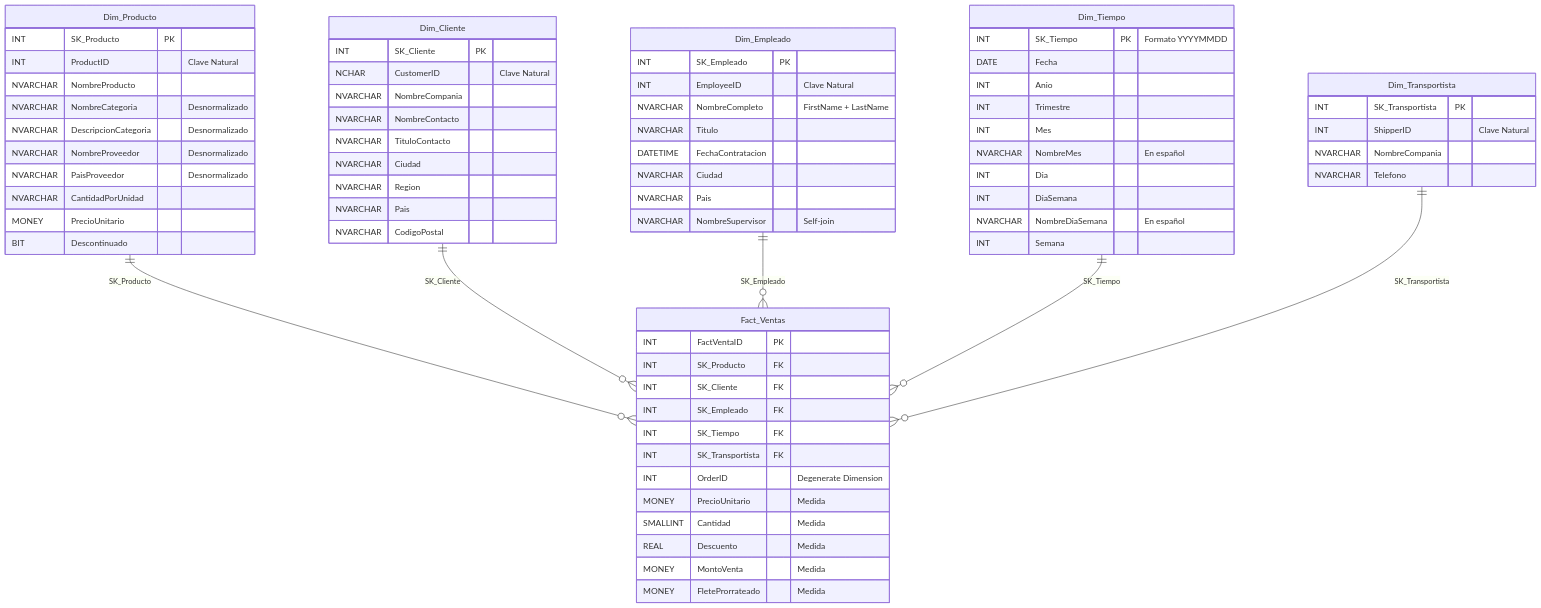
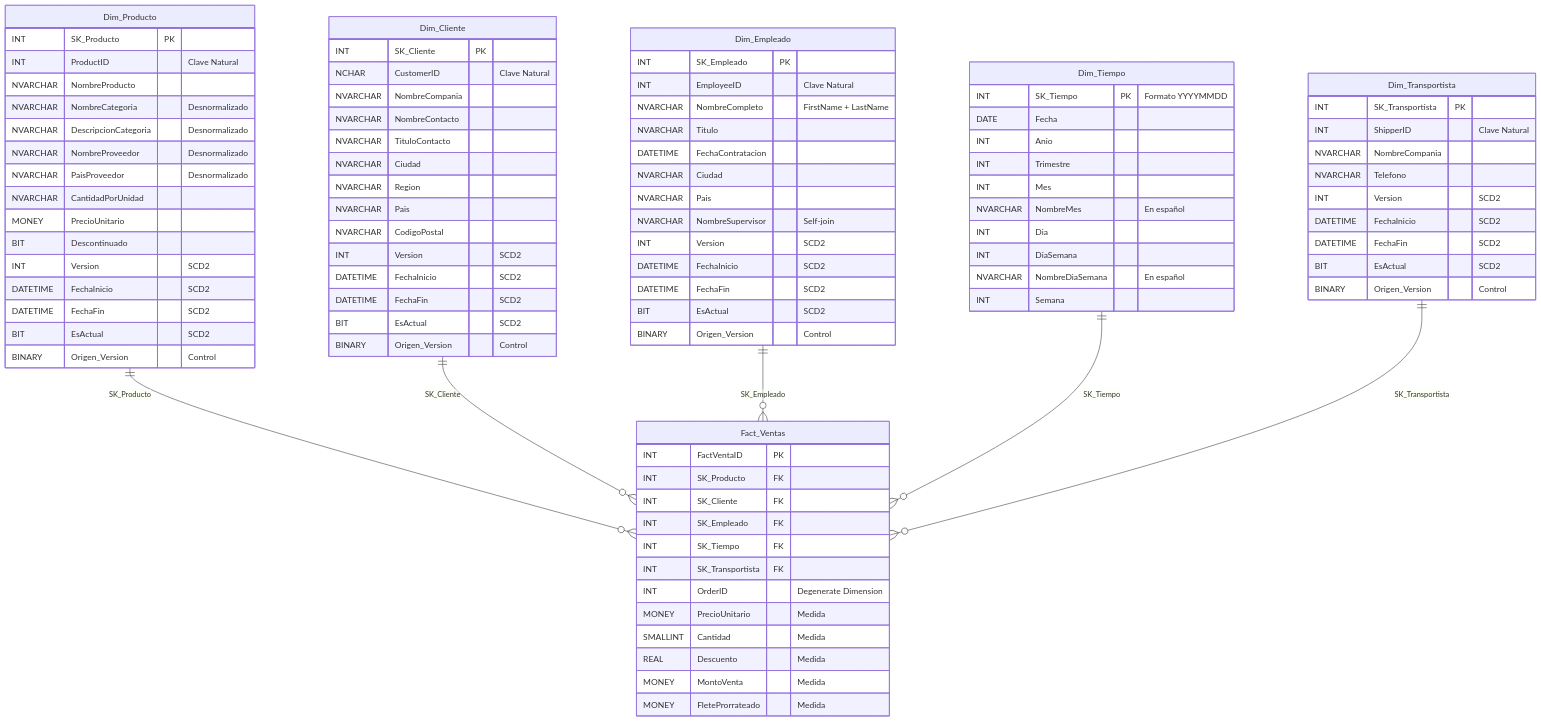
Before and after one commit to halflores/NorthwindDW: the diagram in docs/modelo_estrella.md, drawn with Mermaid. The commit also changed other lines of this file and 14 other files, not shown here.

```diff
--- a/docs/modelo_estrella.md
+++ b/docs/modelo_estrella.md
@@ -36,6 +36,11 @@
         NVARCHAR CantidadPorUnidad
         MONEY PrecioUnitario
         BIT Descontinuado
+        INT Version "SCD2"
+        DATETIME FechaInicio "SCD2"
+        DATETIME FechaFin "SCD2"
+        BIT EsActual "SCD2"
+        BINARY Origen_Version "Control"
     }
 
     Dim_Cliente {
@@ -48,6 +53,11 @@
         NVARCHAR Region
         NVARCHAR Pais
         NVARCHAR CodigoPostal
+        INT Version "SCD2"
+        DATETIME FechaInicio "SCD2"
+        DATETIME FechaFin "SCD2"
+        BIT EsActual "SCD2"
+        BINARY Origen_Version "Control"
     }
 
     Dim_Empleado {
@@ -59,6 +69,11 @@
         NVARCHAR Ciudad
         NVARCHAR Pais
         NVARCHAR NombreSupervisor "Self-join"
+        INT Version "SCD2"
+        DATETIME FechaInicio "SCD2"
+        DATETIME FechaFin "SCD2"
+        BIT EsActual "SCD2"
+        BINARY Origen_Version "Control"
     }
 
     Dim_Tiempo {
@@ -79,6 +94,11 @@
         INT ShipperID "Clave Natural"
         NVARCHAR NombreCompania
         NVARCHAR Telefono
+        INT Version "SCD2"
+        DATETIME FechaInicio "SCD2"
+        DATETIME FechaFin "SCD2"
+        BIT EsActual "SCD2"
+        BINARY Origen_Version "Control"
     }
 
     Dim_Producto ||--o{ Fact_Ventas : "SK_Producto"
```
